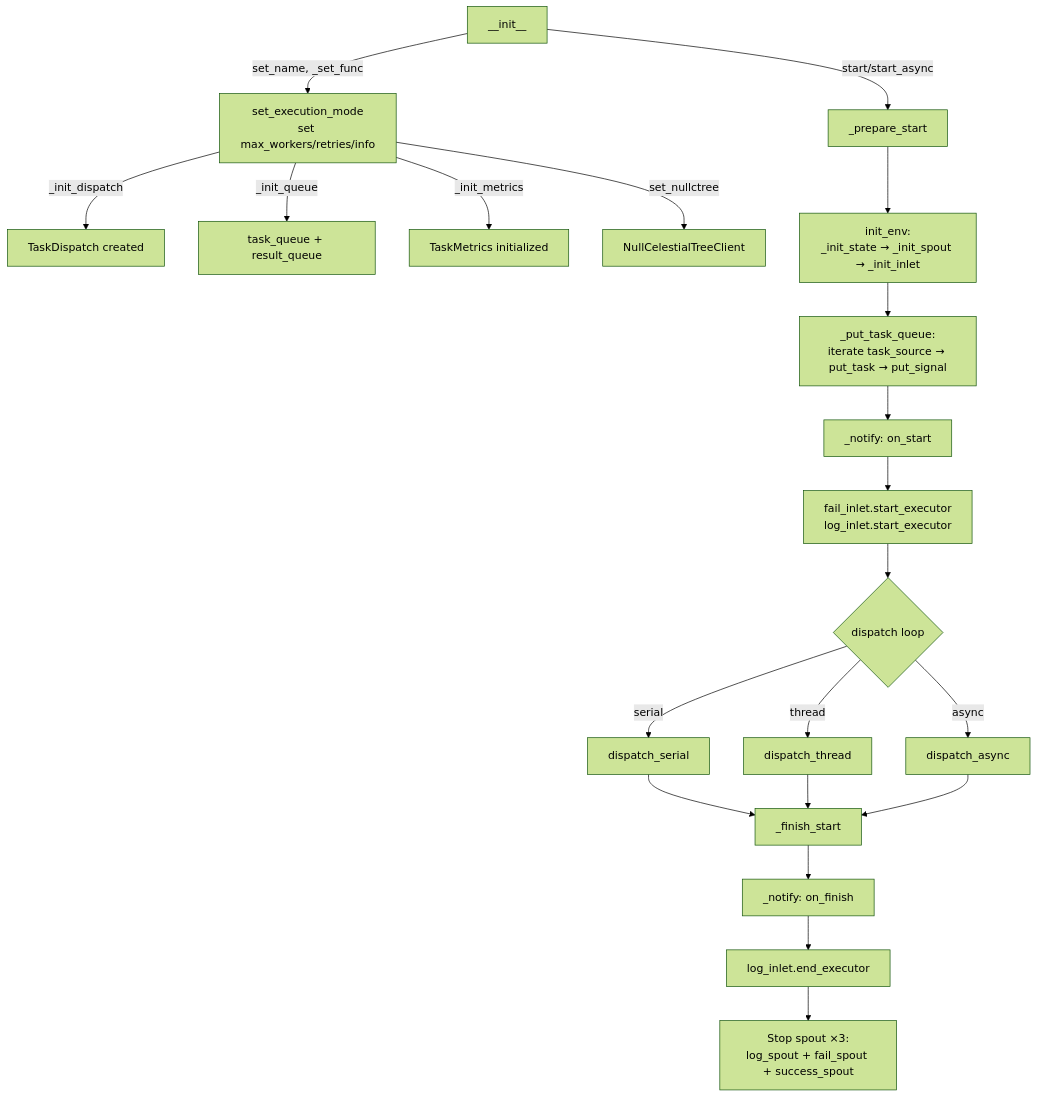
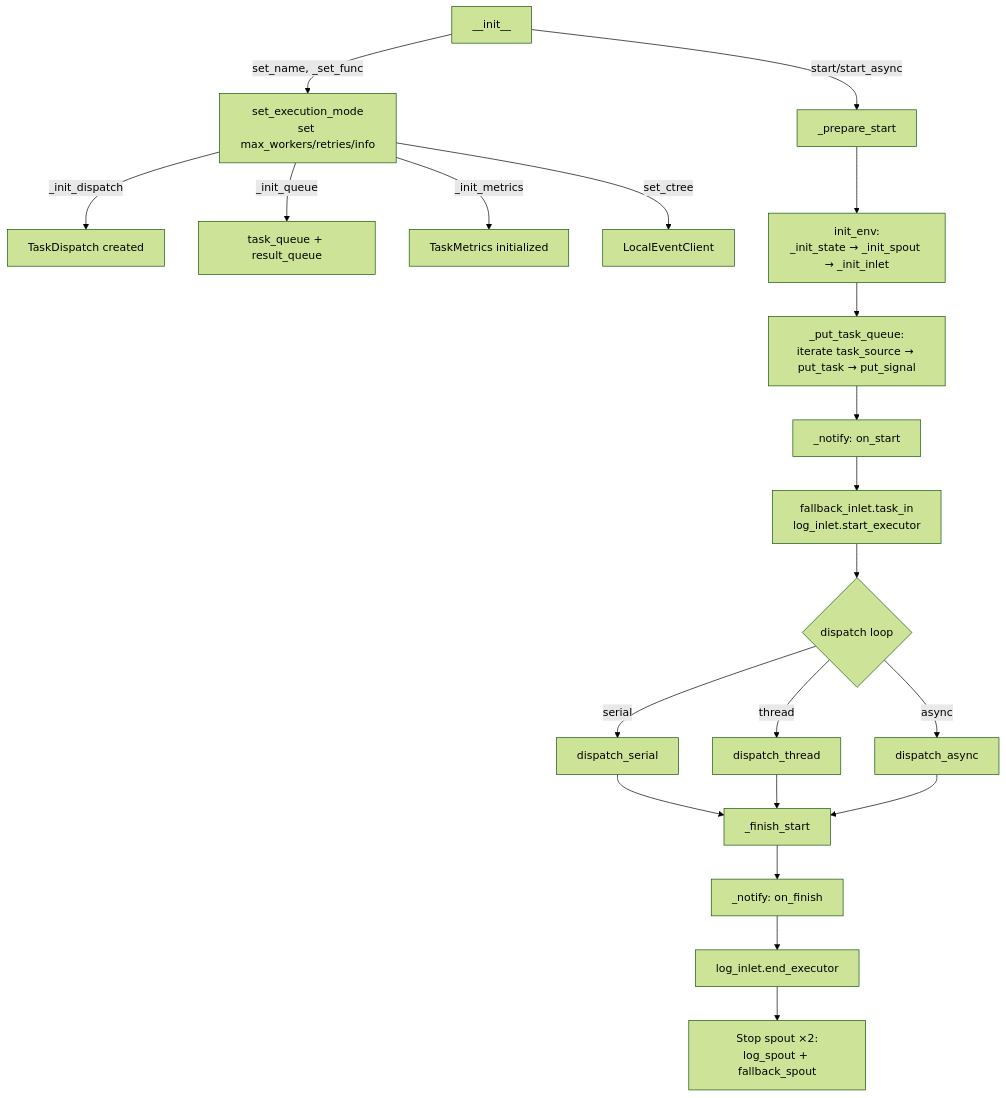
The diagram in docs/en/src/stage/core_executor.md (Mr-xiaotian/CelestialFlow), drawn with Mermaid (forest theme) before and after one commit. The commit also changed other lines of this file and 168 other files, not shown here.

````diff
--- a/docs/en/src/stage/core_executor.md
+++ b/docs/en/src/stage/core_executor.md
@@ -164,27 +174,27 @@
 ```mermaid
 flowchart TD
     INIT[__init__] -->|set_name, _set_func| CONFIG[set_execution_mode<br/>set max_workers/retries/info]
     CONFIG -->|_init_dispatch| DISPATCH[TaskDispatch created]
     CONFIG -->|_init_queue| QUEUE[task_queue + result_queue]
     CONFIG -->|_init_metrics| METRICS[TaskMetrics initialized]
-    CONFIG -->|set_nullctree| CTREE[NullCelestialTreeClient]
+    CONFIG -->|set_ctree| CTREE[LocalEventClient]
 
     INIT -->|start/start_async| PREPARE[_prepare_start]
     PREPARE --> ENV[init_env:<br/>_init_state → _init_spout → _init_inlet]
     ENV --> PUT[_put_task_queue:<br/>iterate task_source → put_task → put_signal]
     PUT --> NOTIFY_START[_notify: on_start]
-    NOTIFY_START --> LOG_START[fail_inlet.start_executor<br/>log_inlet.start_executor]
+    NOTIFY_START --> LOG_START[fallback_inlet.task_in<br/>log_inlet.start_executor]
 
     LOG_START --> RUN{dispatch loop}
     RUN -->|serial| SERIAL[dispatch_serial]
     RUN -->|thread| THREAD[dispatch_thread]
     RUN -->|async| ASYNC[dispatch_async]
 
     SERIAL --> FINISH[_finish_start]
     THREAD --> FINISH
     ASYNC --> FINISH
 
     FINISH --> NOTIFY_END[_notify: on_finish]
     NOTIFY_END --> LOG_END[log_inlet.end_executor]
-    LOG_END --> STOP[Stop spout ×3:<br/>log_spout + fail_spout + success_spout]
+    LOG_END --> STOP[Stop spout ×2:<br/>log_spout + fallback_spout]
 ```
````
